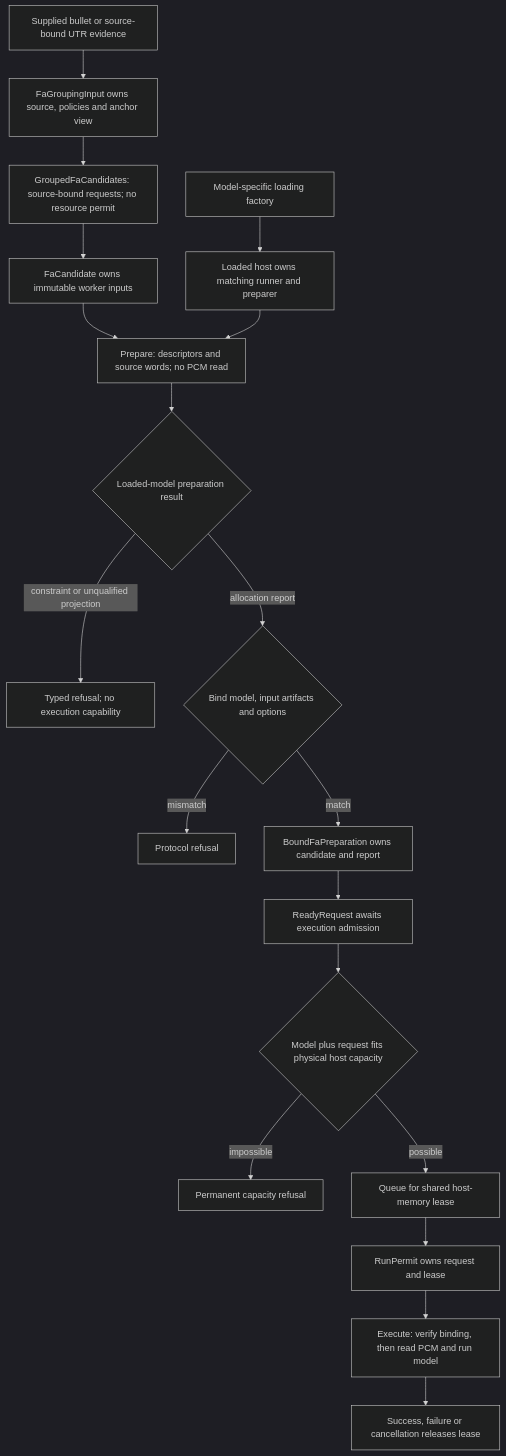
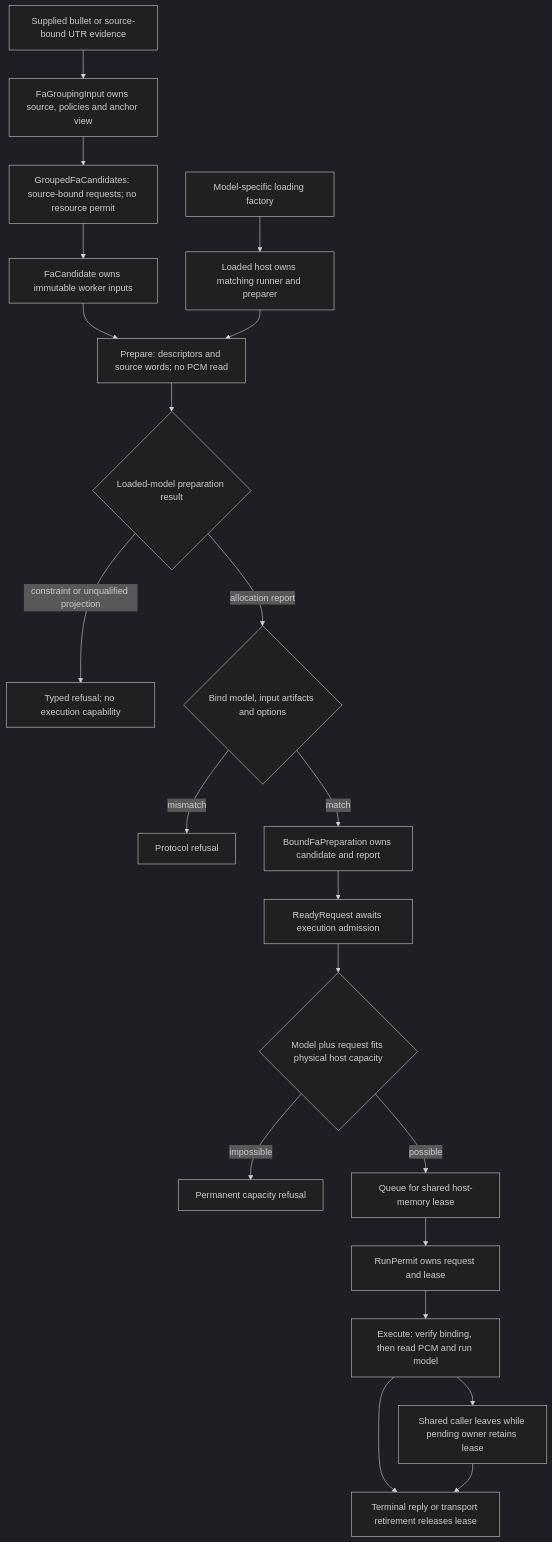
Before and after one commit to FranklinChen/talkbank-tools: the tenth of 14 diagrams in book/src/batchalign/developer/adaptive-fa-admission.md, drawn with Mermaid (dark theme). The commit also changed other lines of this file and 204 other files, not shown here.

````diff
--- a/book/src/batchalign/developer/adaptive-fa-admission.md
+++ b/book/src/batchalign/developer/adaptive-fa-admission.md
@@ -490,21 +490,23 @@
 ```mermaid
 flowchart TD
     source["Supplied bullet or source-bound UTR evidence"] --> document["FaGroupingInput owns source, policies and anchor view"]
     document --> grouped["GroupedFaCandidates: source-bound requests; no resource permit"]
     grouped --> candidate["FaCandidate owns immutable worker inputs"]
     loaded["Model-specific loading factory"] --> host["Loaded host owns matching runner and preparer"]
     candidate --> prepare["Prepare: descriptors and source words; no PCM read"]
     host --> prepare
     prepare --> result{"Loaded-model preparation result"}
     result -->|"constraint or unqualified projection"| refused["Typed refusal; no execution capability"]
     result -->|"allocation report"| binding{"Bind model, input artifacts and options"}
     binding -->|"mismatch"| protocol["Protocol refusal"]
     binding -->|"match"| bound["BoundFaPreparation owns candidate and report"]
     bound --> ready["ReadyRequest awaits execution admission"]
     ready --> capacity{"Model plus request fits physical host capacity"}
     capacity -->|"impossible"| impossible["Permanent capacity refusal"]
     capacity -->|"possible"| queue["Queue for shared host-memory lease"]
     queue --> permit["RunPermit owns request and lease"]
     permit --> execute["Execute: verify binding, then read PCM and run model"]
-    execute --> terminal["Success, failure or cancellation releases lease"]
+    execute --> terminal["Terminal reply or transport retirement releases lease"]
+    execute --> detached["Shared caller leaves while pending owner retains lease"]
+    detached --> terminal
 ```
````
